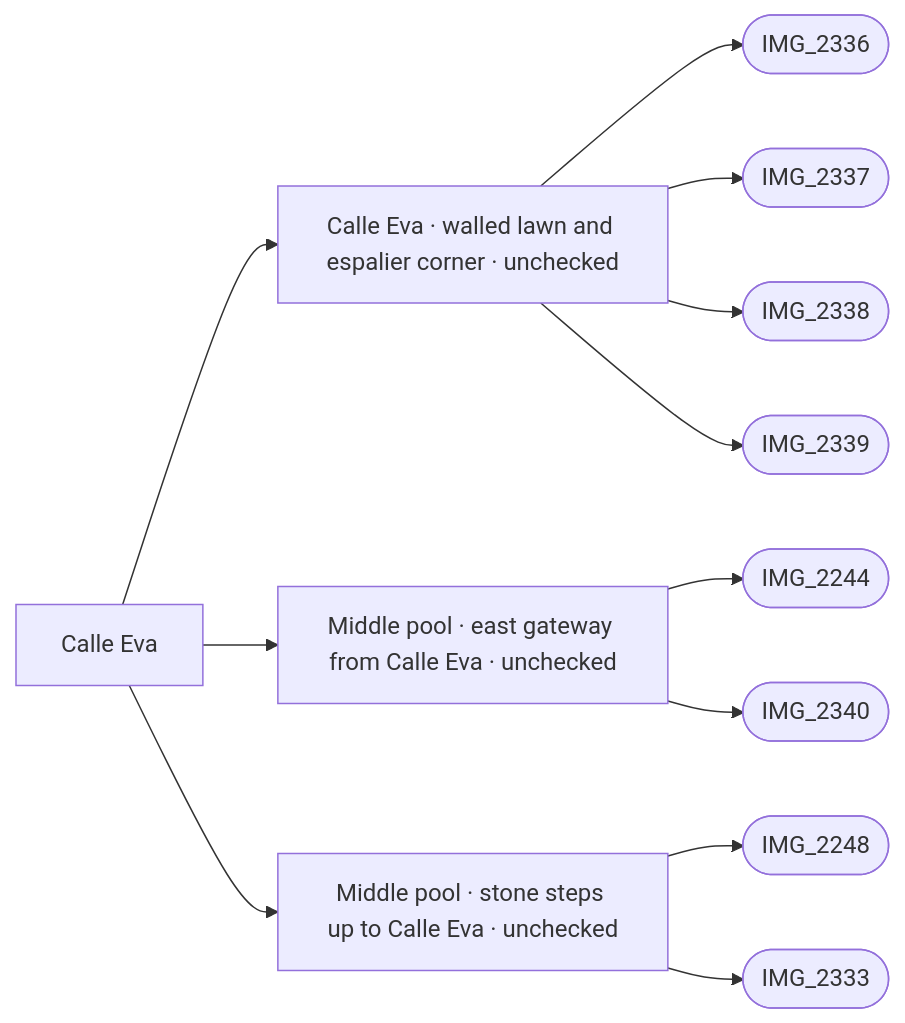
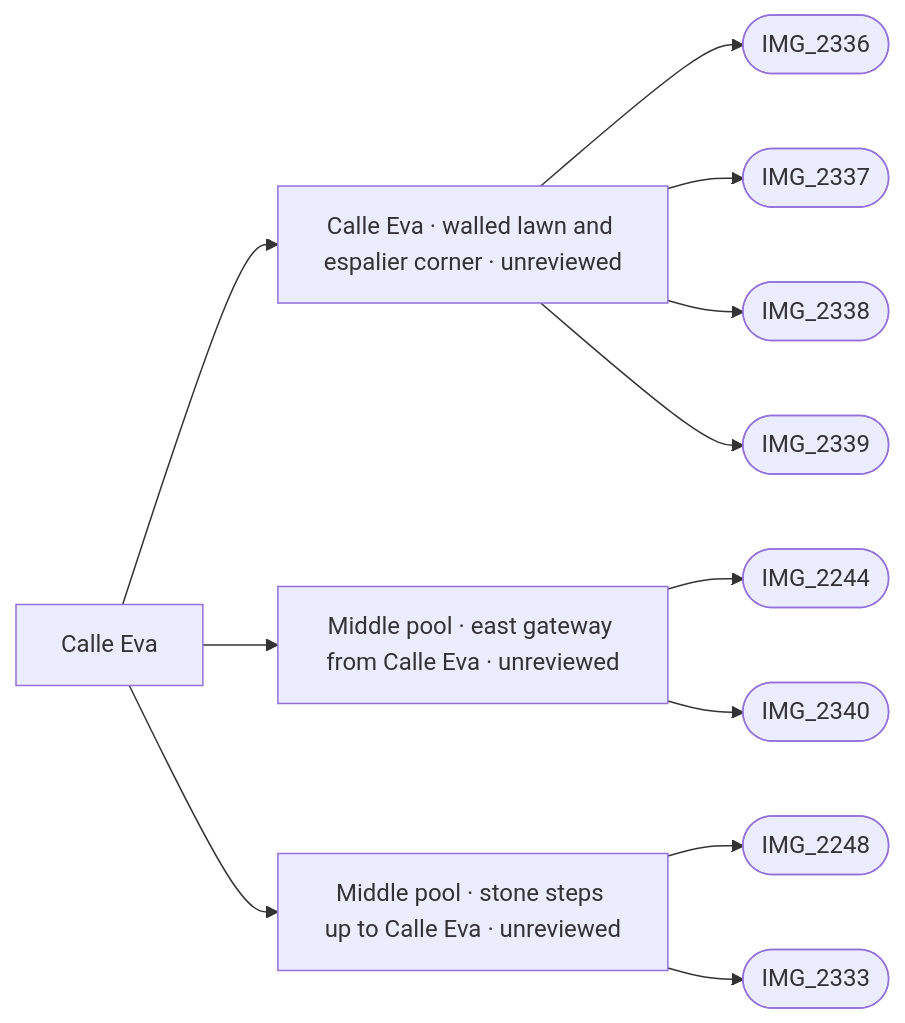
Before and after one commit to daveyboyc/villacana-venture: the diagram in refs/areas/eva.md, drawn with Mermaid. The commit also changed other lines of this file and 45 other files, not shown here.

Commit message:
Require measured independent evidence for graph placement approval

````diff
--- a/refs/areas/eva.md
+++ b/refs/areas/eva.md
@@ -29,15 +29,15 @@
 ```mermaid
 graph LR
   A["Calle Eva"]
-  A --> F0["Calle Eva · walled lawn and espalier corner · unchecked"]
+  A --> F0["Calle Eva · walled lawn and espalier corner · unreviewed"]
   F0 --> PIMG_2336_jpg(["IMG_2336"])
   F0 --> PIMG_2337_jpg(["IMG_2337"])
   F0 --> PIMG_2338_jpg(["IMG_2338"])
   F0 --> PIMG_2339_jpg(["IMG_2339"])
-  A --> F1["Middle pool · east gateway from Calle Eva · unchecked"]
+  A --> F1["Middle pool · east gateway from Calle Eva · unreviewed"]
   F1 --> PIMG_2244_jpg(["IMG_2244"])
   F1 --> PIMG_2340_jpg(["IMG_2340"])
-  A --> F2["Middle pool · stone steps up to Calle Eva · unchecked"]
+  A --> F2["Middle pool · stone steps up to Calle Eva · unreviewed"]
   F2 --> PIMG_2248_jpg(["IMG_2248"])
   F2 --> PIMG_2333_jpg(["IMG_2333"])
 ```
````
